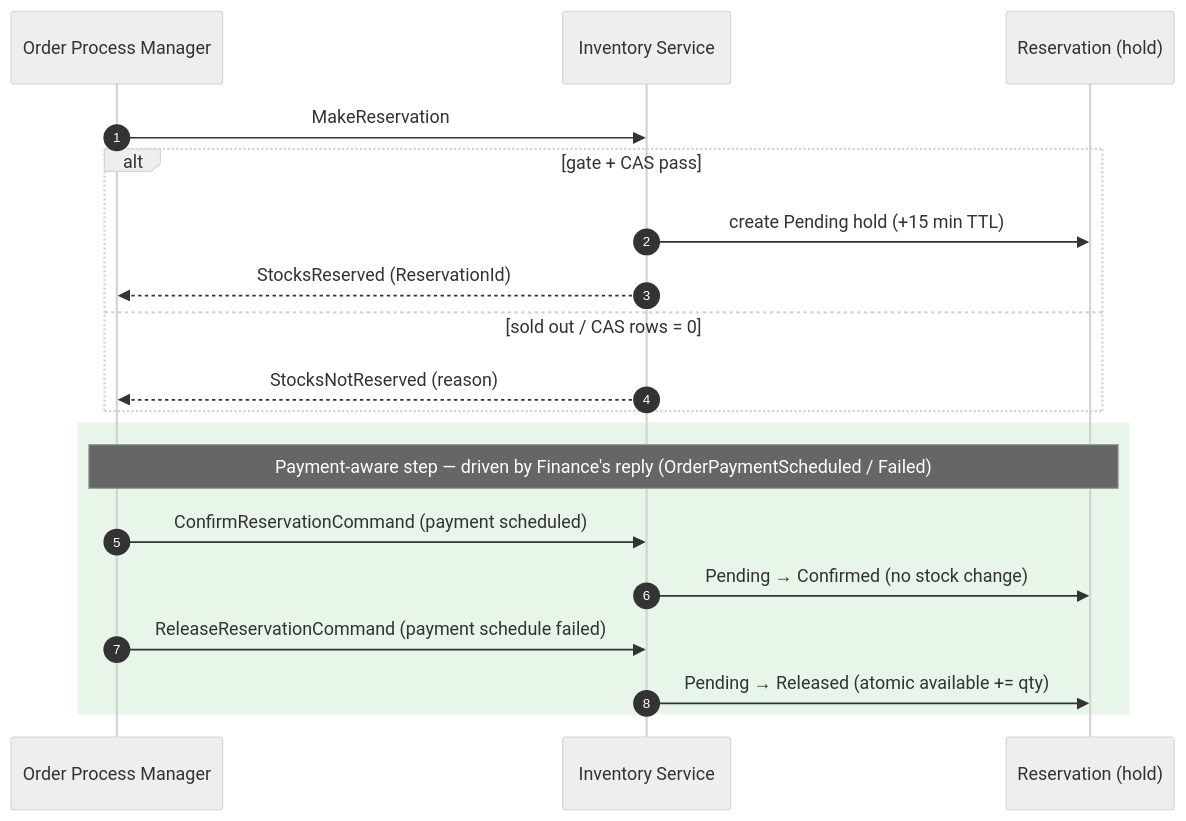
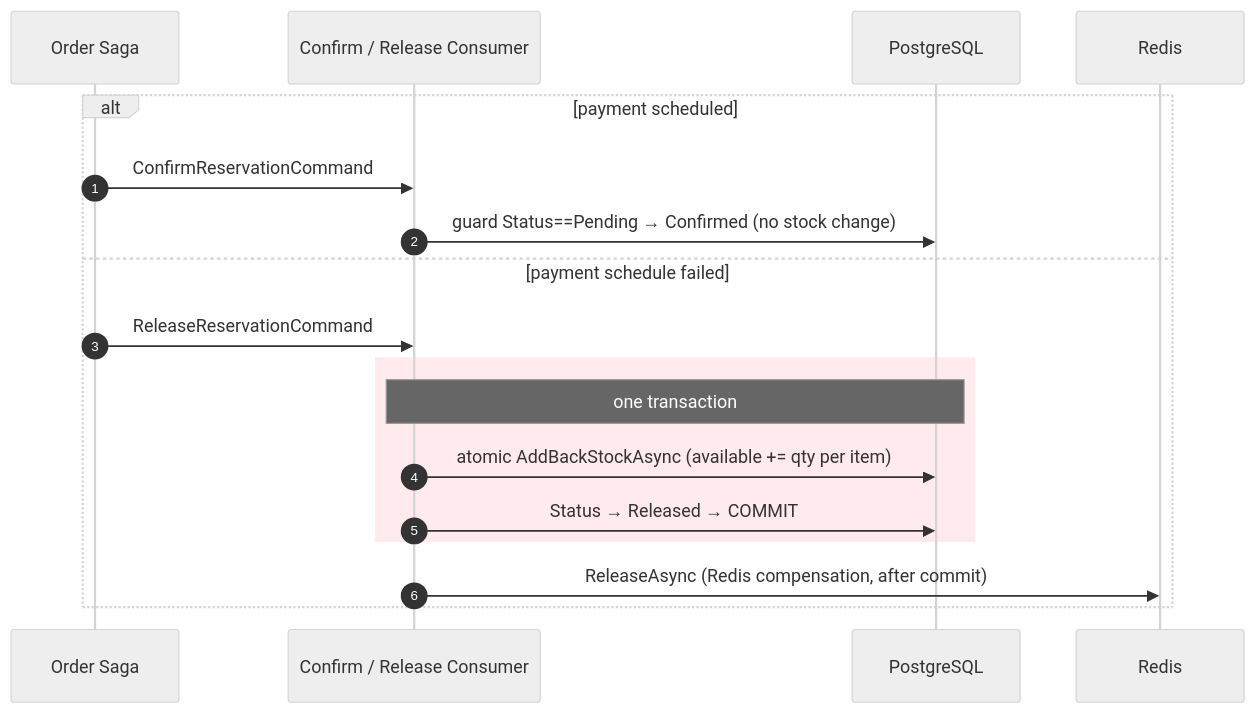
Before and after one commit to mnnam1302/EShop: diagram 13 of 13 in Inventory/src/EShop.Inventory.API/README.md, drawn with Mermaid (neutral theme). The commit also changed other lines of this file and 4 other files, not shown here.

````diff
--- a/Inventory/src/EShop.Inventory.API/README.md
+++ b/Inventory/src/EShop.Inventory.API/README.md
@@ -295,23 +387,21 @@
 ```mermaid
 sequenceDiagram
     autonumber
-    participant PM  as Order Process Manager
-    participant INV as Inventory Service
-    participant HOLD as Reservation (hold)
+    participant PM as Order Saga
+    participant C  as Confirm / Release Consumer
+    participant PG as PostgreSQL
+    participant RD as Redis
 
-    PM->>INV: MakeReservation
-    alt gate + CAS pass
-        INV->>HOLD: create Pending hold (+15 min TTL)
-        INV-->>PM: StocksReserved (ReservationId)
-    else sold out / CAS rows = 0
-        INV-->>PM: StocksNotReserved (reason)
-    end
-
-    rect rgb(232,245,233)
-        Note over PM,HOLD: Payment-aware step — driven by Finance's reply (OrderPaymentScheduled / Failed)
-        PM->>INV: ConfirmReservationCommand (payment scheduled)
-        INV->>HOLD: Pending → Confirmed (no stock change)
-        PM->>INV: ReleaseReservationCommand (payment schedule failed)
-        INV->>HOLD: Pending → Released (atomic available += qty)
+    alt payment scheduled
+        PM->>C: ConfirmReservationCommand
+        C->>PG: guard Status==Pending → Confirmed (no stock change)
+    else payment schedule failed
+        PM->>C: ReleaseReservationCommand
+        rect rgb(255,235,238)
+            Note over C,PG: one transaction
+            C->>PG: atomic AddBackStockAsync (available += qty per item)
+            C->>PG: Status → Released → COMMIT
+        end
+        C->>RD: ReleaseAsync (Redis compensation, after commit)
     end
 ```
````
